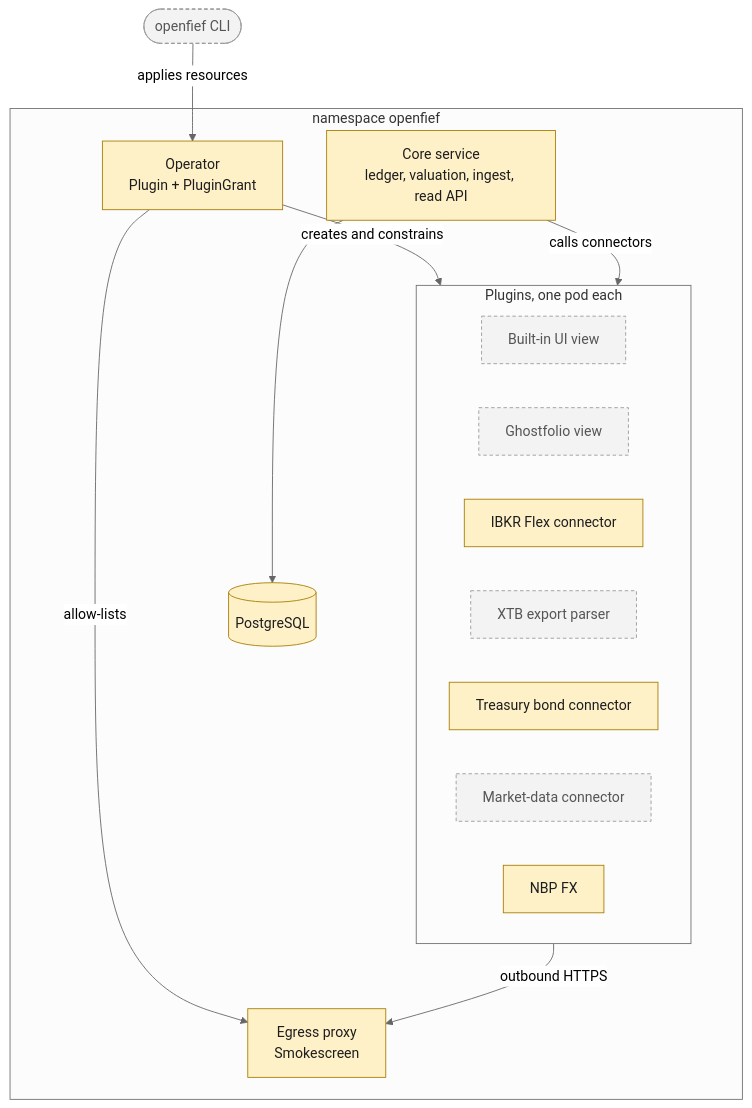
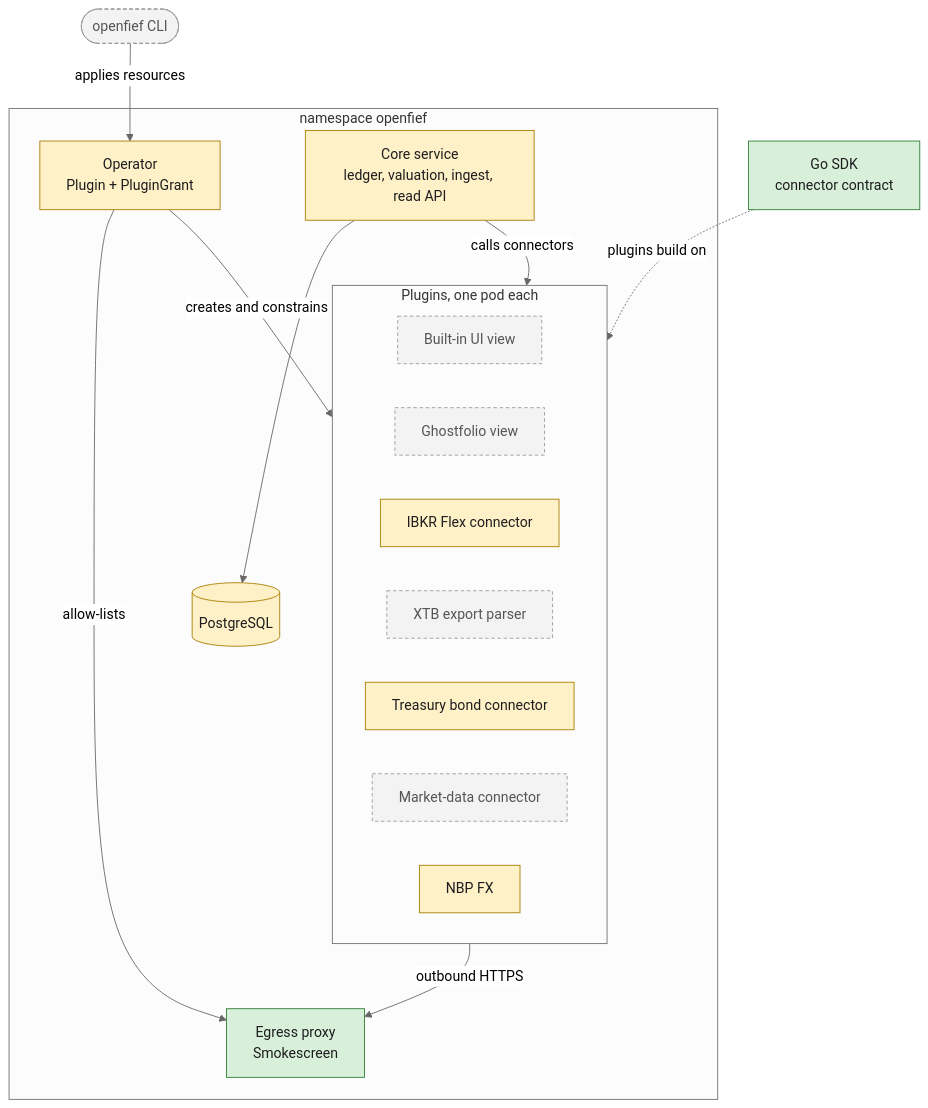
The second of 5 diagrams in docs/architecture.md (arkadiuss/openfief), drawn with Mermaid (neutral theme) before and after one commit. The commit also changed other lines of this file and 5 other files, not shown here.

First line of the commit message:
docs: bring architecture and concept pages up to main

````diff
--- a/docs/architecture.md
+++ b/docs/architecture.md
@@ -40,28 +40,30 @@
 ```mermaid
 flowchart TB
   classDef built fill:#d8efd9,stroke:#2f7d32,color:#1d1d1f
   classDef partial fill:#fff1c7,stroke:#a77d00,color:#1d1d1f
   classDef missing fill:#f3f3f3,stroke:#9a9a9a,color:#555,stroke-dasharray: 4 3
   cli(["openfief CLI"]):::missing
   subgraph ns["namespace openfief"]
     op["Operator<br/>Plugin + PluginGrant"]:::partial
-    proxy["Egress proxy<br/>Smokescreen"]:::partial
+    proxy["Egress proxy<br/>Smokescreen"]:::built
     core["Core service<br/>ledger, valuation, ingest, read API"]:::partial
     pg[("PostgreSQL")]:::partial
     subgraph plugins["Plugins, one pod each"]
       ui["Built-in UI view"]:::missing
       gfv["Ghostfolio view"]:::missing
       ibkrc["IBKR Flex connector"]:::partial
       xtb["XTB export parser"]:::missing
       bonds["Treasury bond connector"]:::partial
       mdc["Market-data connector"]:::missing
       nbpc["NBP FX"]:::partial
     end
   end
+  sdk["Go SDK<br/>connector contract"]:::built
+  sdk -. "plugins build on" .-> plugins
   cli -- "applies resources" --> op
   op -- "creates and constrains" --> plugins
   op -- "allow-lists" --> proxy
   core --> pg
   core -- "calls connectors" --> plugins
   plugins -- "outbound HTTPS" --> proxy
 ```
````
